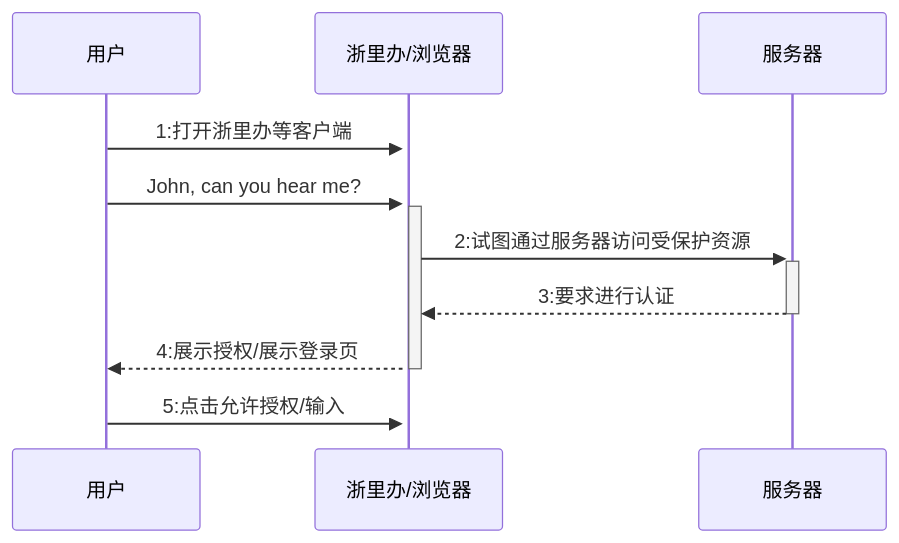
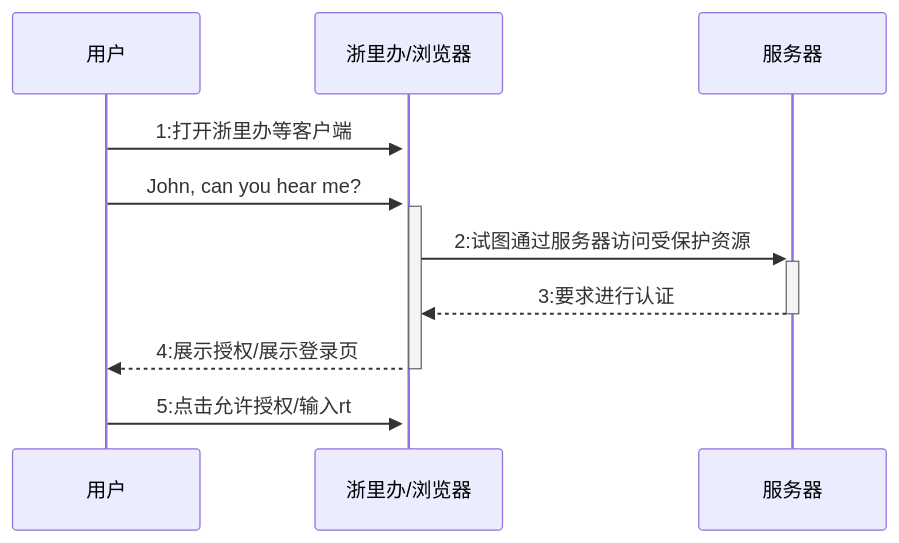
Before and after one commit to fifuntop/iodraw-files: the diagram in all/居民端时序图.md, drawn with Mermaid.

Commit message:
2024-03-14 15:00:31 update

````diff
--- a/all/居民端时序图.md
+++ b/all/居民端时序图.md
@@ -1,10 +1,10 @@
 ```mermaid
 sequenceDiagram
     用户->>+浙里办/浏览器: 1:打开浙里办等客户端
     用户->>+浙里办/浏览器: John, can you hear me?
     浙里办/浏览器->>+服务器: 2:试图通过服务器访问受保护资源
     服务器-->>-浙里办/浏览器: 3:要求进行认证
     浙里办/浏览器-->>-用户: 4:展示授权/展示登录页
-    用户->>+浙里办/浏览器: 5:点击允许授权/输入
+    用户->>+浙里办/浏览器: 5:点击允许授权/输入rt
             
 ```
````
